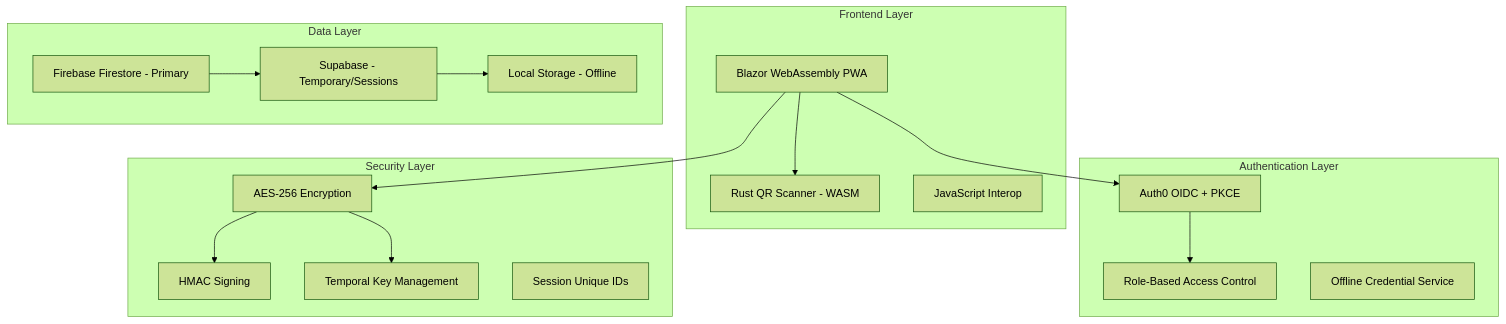
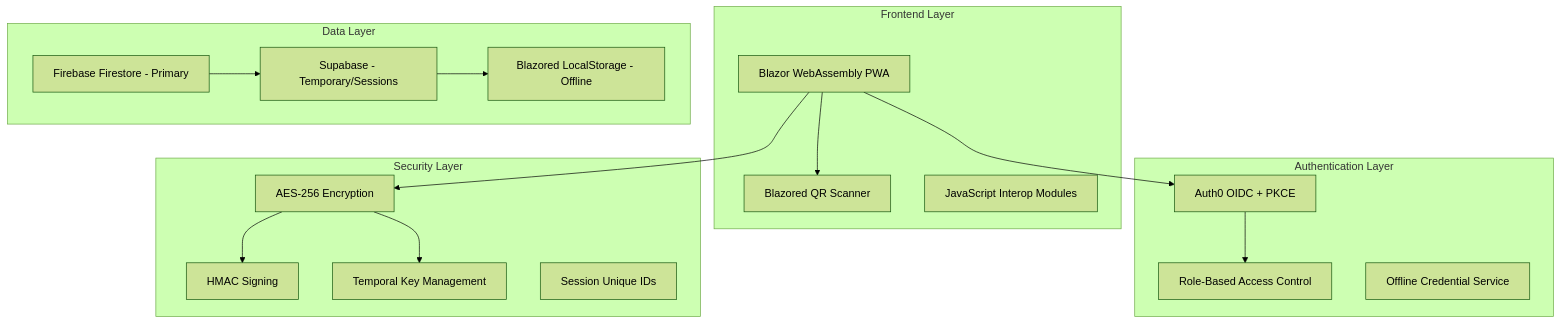
One commit to Mid-D-Man/AirCode changed the first of 2 diagrams in README.md. Above: the diagram before and after it, drawn with Mermaid (forest theme). The commit also changed other lines of this file, not shown here.

````diff
--- a/README.md
+++ b/README.md
@@ -33,36 +38,36 @@
 ```mermaid
 graph TB
     subgraph "Frontend Layer"
         A[Blazor WebAssembly PWA]
-        B[Rust QR Scanner - WASM]
-        C[JavaScript Interop]
+        B[Blazored QR Scanner]
+        C[JavaScript Interop Modules]
     end
     
     subgraph "Authentication Layer"
         D[Auth0 OIDC + PKCE]
         E[Role-Based Access Control]
         F[Offline Credential Service]
     end
     
     subgraph "Security Layer"
         G[AES-256 Encryption]
         H[HMAC Signing]
         I[Temporal Key Management]
         J[Session Unique IDs]
     end
     
     subgraph "Data Layer"
         K[Firebase Firestore - Primary]
         L[Supabase - Temporary/Sessions]
-        M[Local Storage - Offline]
+        M[Blazored LocalStorage - Offline]
     end
     
     A --> D
     A --> B
     A --> G
     D --> E
     G --> H
     G --> I
     K --> L
     L --> M
 ```
````
